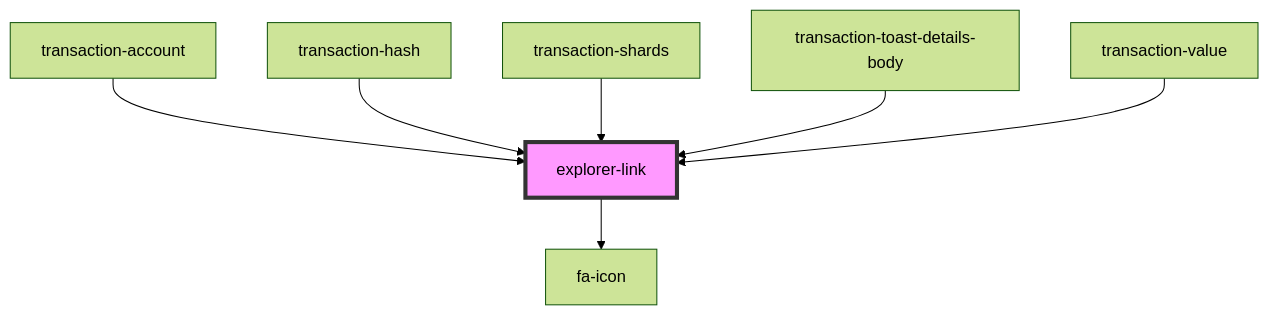
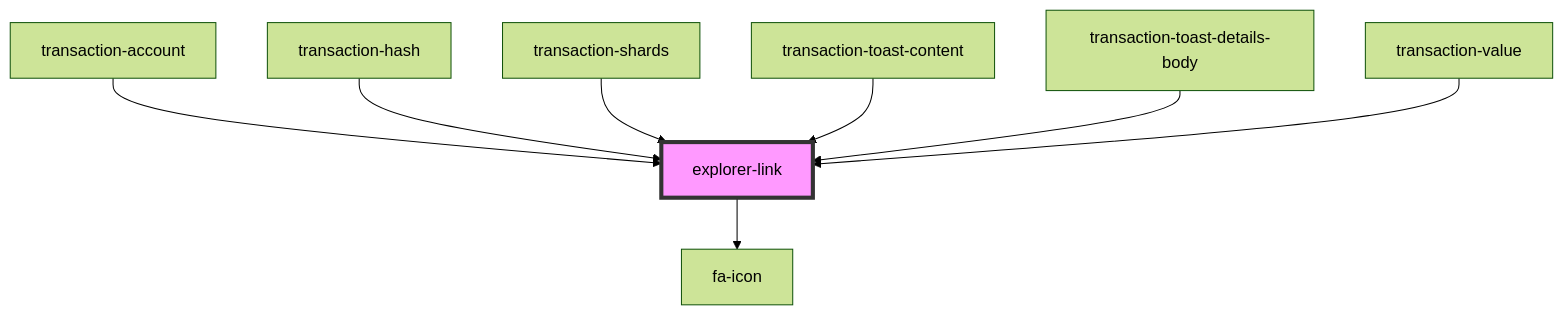
One commit to multiversx/mx-sdk-dapp-ui changed the diagram in src/components/visual/explorer-link/readme.md. Above: the diagram before and after it, drawn with Mermaid (forest theme). The commit also changed other lines of this file and 22 other files, not shown here.

````diff
--- a/src/components/visual/explorer-link/readme.md
+++ b/src/components/visual/explorer-link/readme.md
@@ -34,10 +35,11 @@
 ```mermaid
 graph TD;
   explorer-link --> fa-icon
   transaction-account --> explorer-link
   transaction-hash --> explorer-link
   transaction-shards --> explorer-link
+  transaction-toast-content --> explorer-link
   transaction-toast-details-body --> explorer-link
   transaction-value --> explorer-link
   style explorer-link fill:#f9f,stroke:#333,stroke-width:4px
 ```
````
